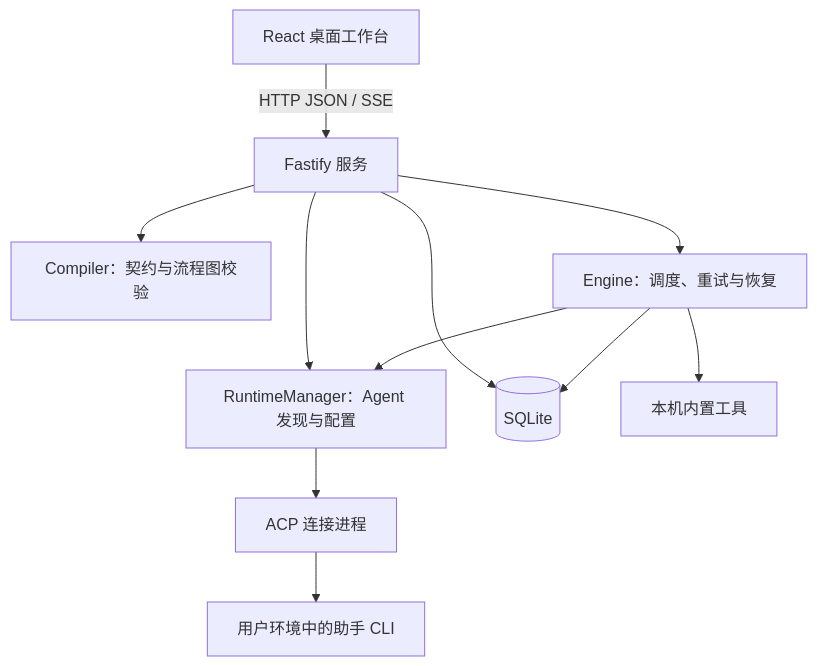
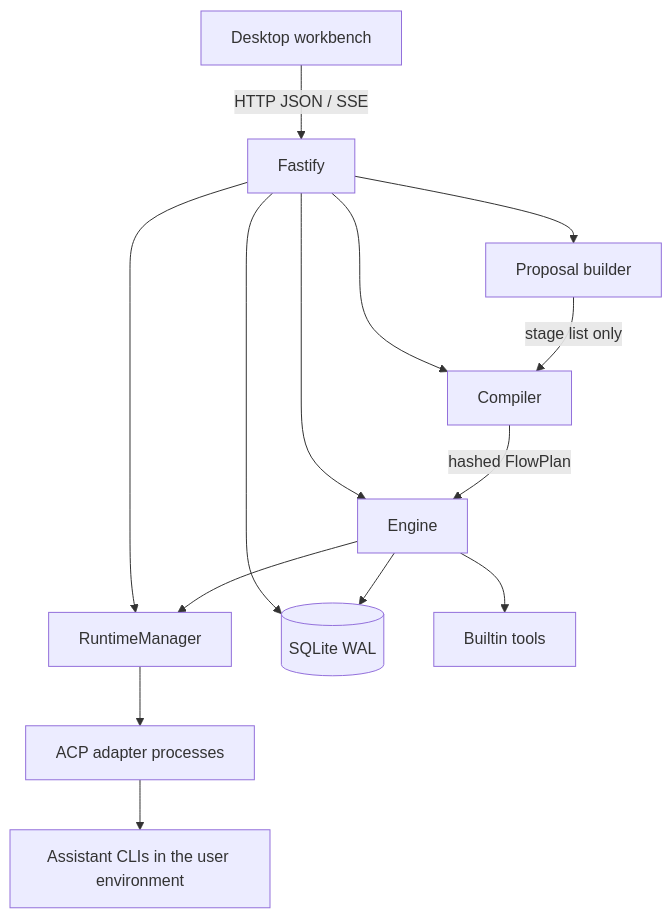
Before and after one commit to huamingjie0815/CFlow: the diagram in README.md, drawn with Mermaid. The commit also changed other lines of this file and 4 other files, not shown here.

````diff
--- a/README.md
+++ b/README.md
@@ -41,13 +116,16 @@
 ```mermaid
 flowchart TD
-    UI[React 桌面工作台] -->|HTTP JSON / SSE| Server[Fastify 服务]
-    Server --> Compiler[Compiler：契约与流程图校验]
-    Server --> Engine[Engine：调度、重试与恢复]
-    Server --> Runtime[RuntimeManager：Agent 发现与配置]
-    Server --> DB[(SQLite)]
+    UI[Desktop workbench] -->|HTTP JSON / SSE| Server[Fastify]
+    Server --> Proposal[Proposal builder]
+    Server --> Compiler[Compiler]
+    Server --> Engine[Engine]
+    Server --> Runtime[RuntimeManager]
+    Server --> DB[(SQLite WAL)]
+    Proposal -->|"stage list only"| Compiler
+    Compiler -->|"hashed FlowPlan"| Engine
     Engine --> DB
     Engine --> Runtime
-    Engine --> Tools[本机内置工具]
-    Runtime --> Adapters[ACP 连接进程]
-    Adapters --> Agents[用户环境中的助手 CLI]
+    Engine --> Tools[Builtin tools]
+    Runtime --> Adapters[ACP adapter processes]
+    Adapters --> Agents[Assistant CLIs in the user environment]
 ```
````
